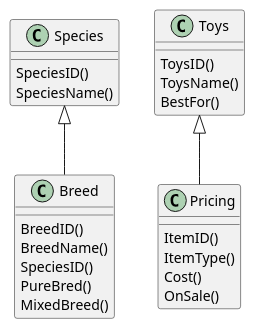
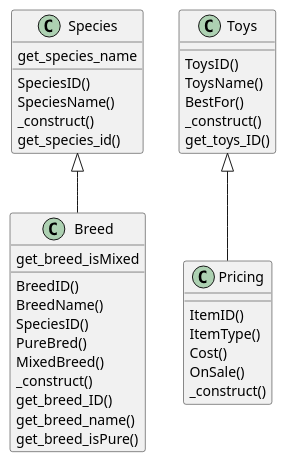
One commit to NiqueNat/block3-adv-web changed the diagram in project1/pet-store.puml. Above: the diagram before and after it, drawn with PlantUML.

```diff
--- a/project1/pet-store.puml
+++ b/project1/pet-store.puml
@@ -1,30 +1,41 @@
 @startuml
 
 class Species {
   SpeciesID()
   SpeciesName()
+  _construct()
+get_species_id()
+get_species_name
 }
 
 class Breed extends Species {
   BreedID()
   BreedName()
   SpeciesID()
   PureBred()
   MixedBreed()
+_construct()
+get_breed_ID()
+get_breed_name()
+get_breed_isPure()
+get_breed_isMixed
 }
 
 class Toys {
   ToysID()
   ToysName()
   BestFor()
+_construct()
+get_toys_ID()
 }
 
 class Pricing extends Toys{
   ItemID()
   ItemType()
   Cost()
   OnSale()
+_construct()
 }
 
 
 @enduml
```
